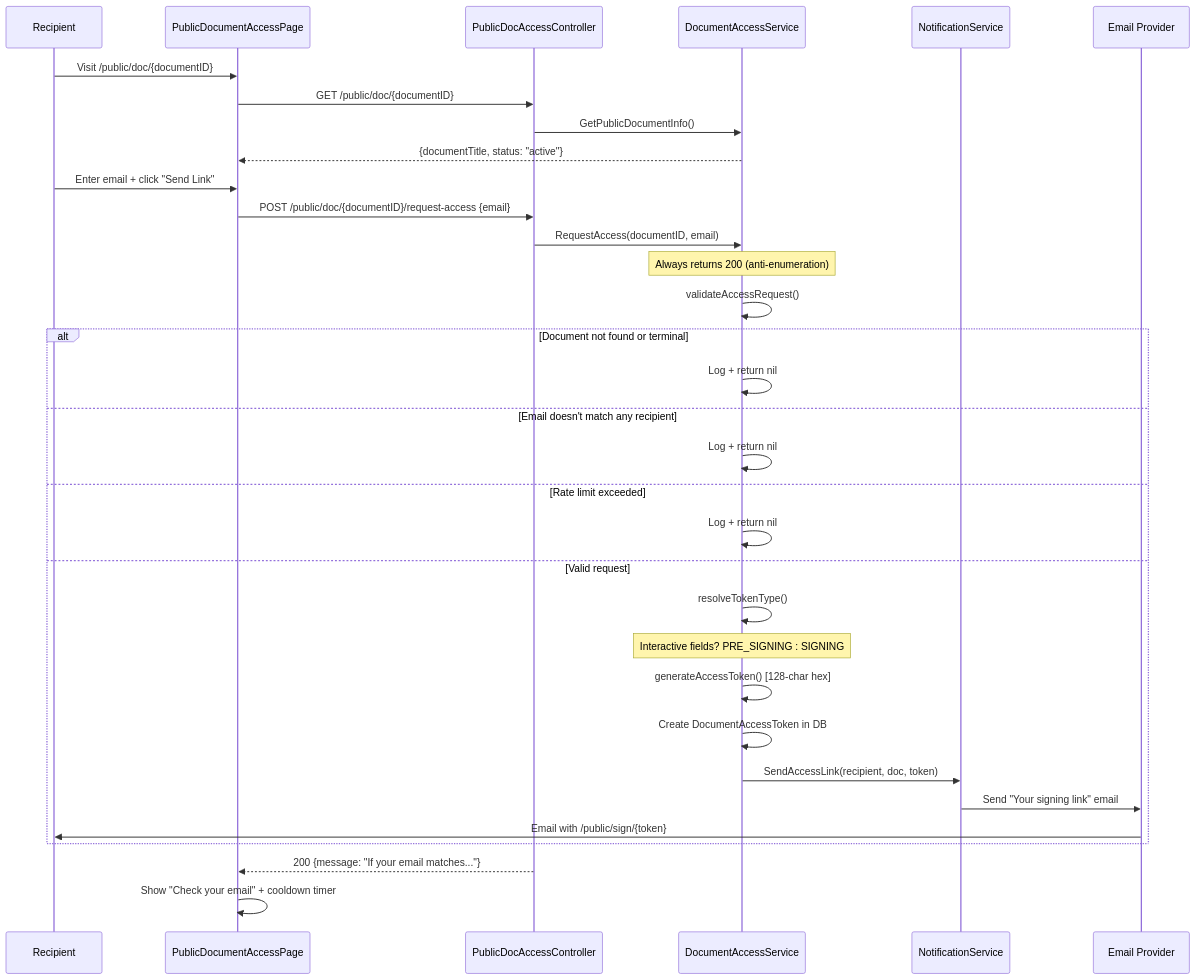
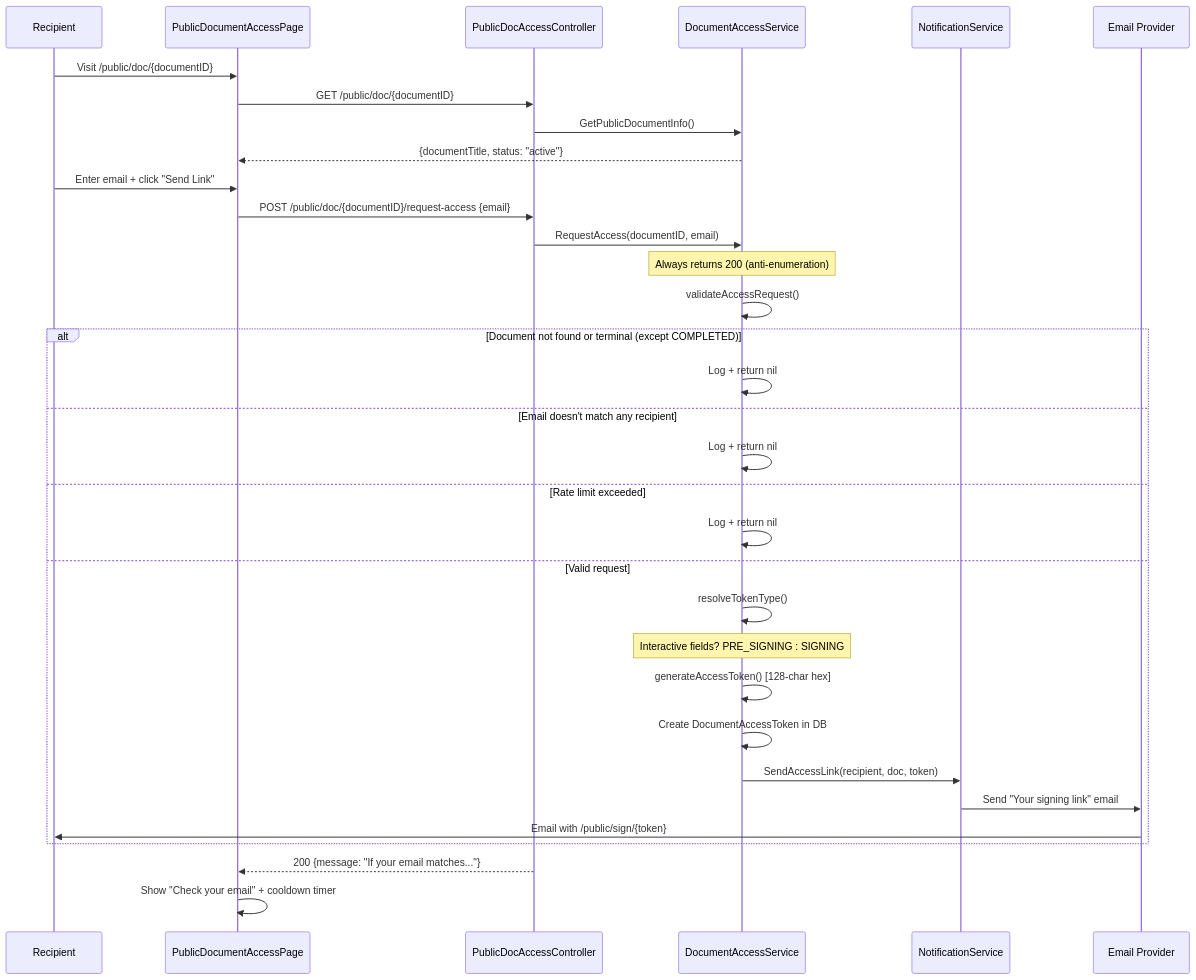
One commit to rendis/doc-assembly changed the third of 7 diagrams in core/docs/public-signing-flow.md. Above: the diagram before and after it, drawn with Mermaid. The commit also changed other lines of this file and 58 other files, not shown here.

````diff
--- a/core/docs/public-signing-flow.md
+++ b/core/docs/public-signing-flow.md
@@ -146,40 +155,40 @@
 ```mermaid
 sequenceDiagram
     participant Signer as Recipient
     participant Frontend as PublicDocumentAccessPage
     participant API as PublicDocAccessController
     participant Svc as DocumentAccessService
     participant Notif as NotificationService
     participant Email as Email Provider
 
     Signer->>Frontend: Visit /public/doc/{documentID}
     Frontend->>API: GET /public/doc/{documentID}
     API->>Svc: GetPublicDocumentInfo()
     Svc-->>Frontend: {documentTitle, status: "active"}
 
     Signer->>Frontend: Enter email + click "Send Link"
     Frontend->>API: POST /public/doc/{documentID}/request-access {email}
     API->>Svc: RequestAccess(documentID, email)
 
     Note over Svc: Always returns 200 (anti-enumeration)
 
     Svc->>Svc: validateAccessRequest()
-    alt Document not found or terminal
+    alt Document not found or terminal (except COMPLETED)
         Svc->>Svc: Log + return nil
     else Email doesn't match any recipient
         Svc->>Svc: Log + return nil
     else Rate limit exceeded
         Svc->>Svc: Log + return nil
     else Valid request
         Svc->>Svc: resolveTokenType()
         Note over Svc: Interactive fields? PRE_SIGNING : SIGNING
         Svc->>Svc: generateAccessToken() [128-char hex]
         Svc->>Svc: Create DocumentAccessToken in DB
         Svc->>Notif: SendAccessLink(recipient, doc, token)
         Notif->>Email: Send "Your signing link" email
         Email->>Signer: Email with /public/sign/{token}
     end
 
     API-->>Frontend: 200 {message: "If your email matches..."}
     Frontend->>Frontend: Show "Check your email" + cooldown timer
 ```
````
